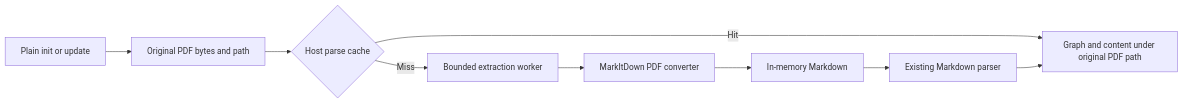
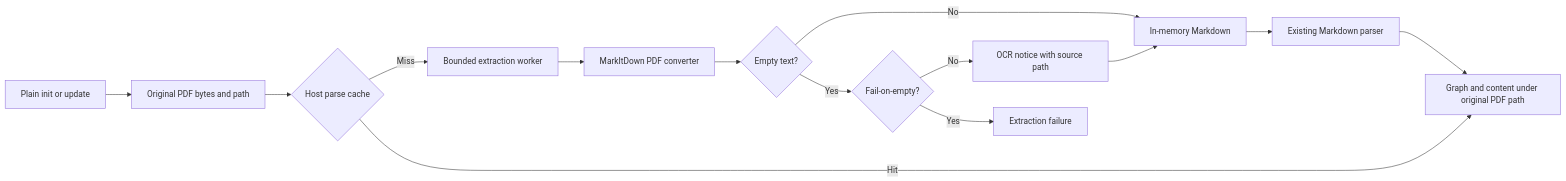
The diagram in README.md (digimangos/repowise-markitdown-plugin), drawn with Mermaid before and after one commit. The commit also changed other lines of this file and 3 other files, not shown here.

Commit message:
Add configurable empty PDF extraction policy (#2)

````diff
--- a/README.md
+++ b/README.md
@@ -89,11 +106,16 @@
 ```mermaid
 flowchart LR
     Host[Plain init or update] --> PDF[Original PDF bytes and path]
     PDF --> Cache{Host parse cache}
     Cache -->|Miss| Worker[Bounded extraction worker]
     Worker --> MarkItDown[MarkItDown PDF converter]
-    MarkItDown --> Text[In-memory Markdown]
+    MarkItDown --> Empty{Empty text?}
+    Empty -->|No| Text[In-memory Markdown]
+    Empty -->|Yes| Policy{Fail-on-empty?}
+    Policy -->|No| Notice[OCR notice with source path]
+    Notice --> Text
+    Policy -->|Yes| Error[Extraction failure]
     Text --> Parser[Existing Markdown parser]
     Cache -->|Hit| Index[Graph and content under original PDF path]
     Parser --> Index
 ```
````
